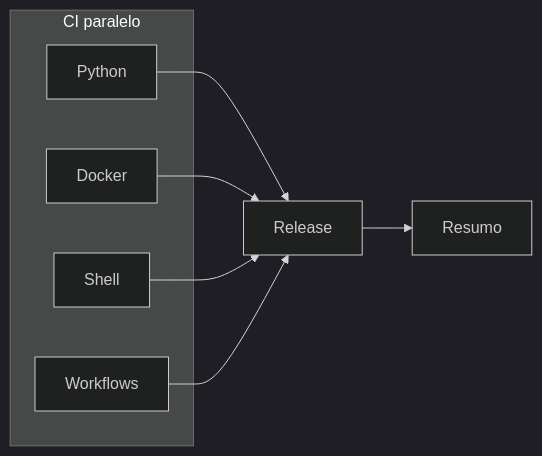
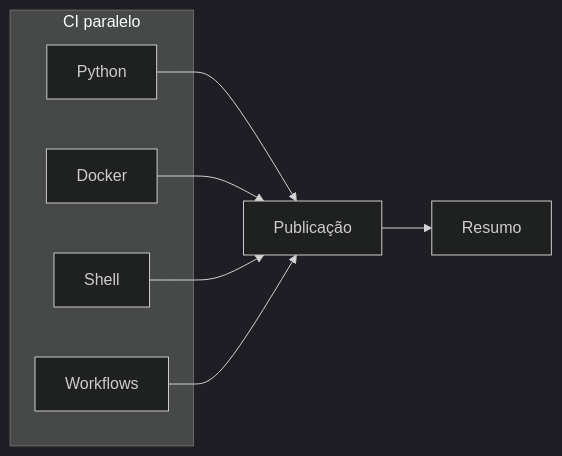
Before and after one commit to victorh-silveira/aether-quantum-engine: the diagram in .github/workflows/WORKFLOWS.md, drawn with Mermaid (dark theme). The commit also changed other lines of this file and 2 other files, not shown here.

Commit message:
ci(repo): traduzir resumos do pipeline
Apresenta resultados dos jobs e da publicação em português, com texto simples e sem emojis. Mantém os gates e o release semântico existentes.

````diff
--- a/.github/workflows/WORKFLOWS.md
+++ b/.github/workflows/WORKFLOWS.md
@@ -7,14 +7,14 @@
 ```mermaid
 flowchart LR
   subgraph ci [CI paralelo]
     PY[Python]
     DK[Docker]
     SH[Shell]
     WF[Workflows]
   end
-  PY --> R[Release]
+  PY --> R[Publicação]
   DK --> R
   SH --> R
   WF --> R
   R --> S[Resumo]
 ```
````
